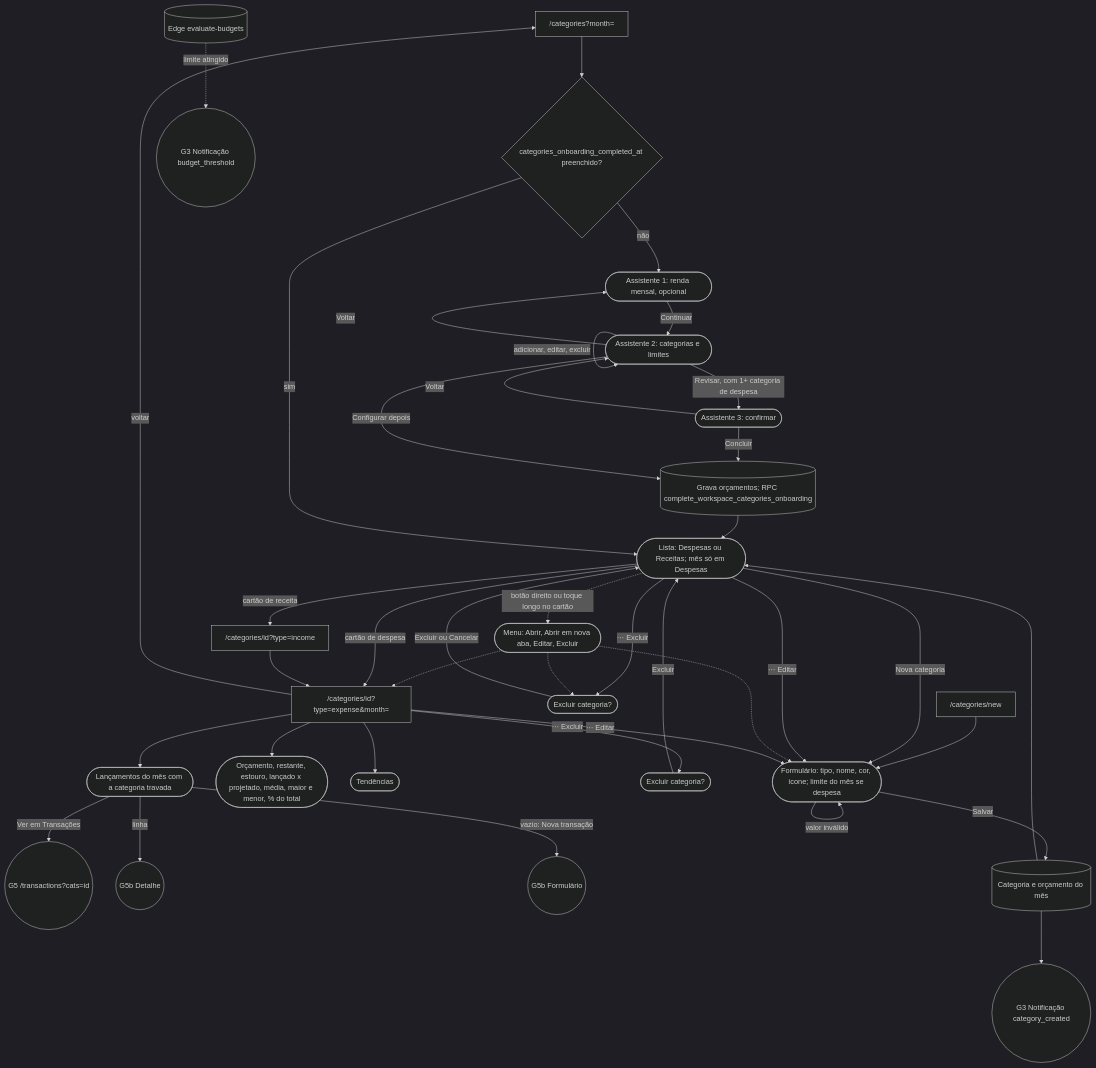
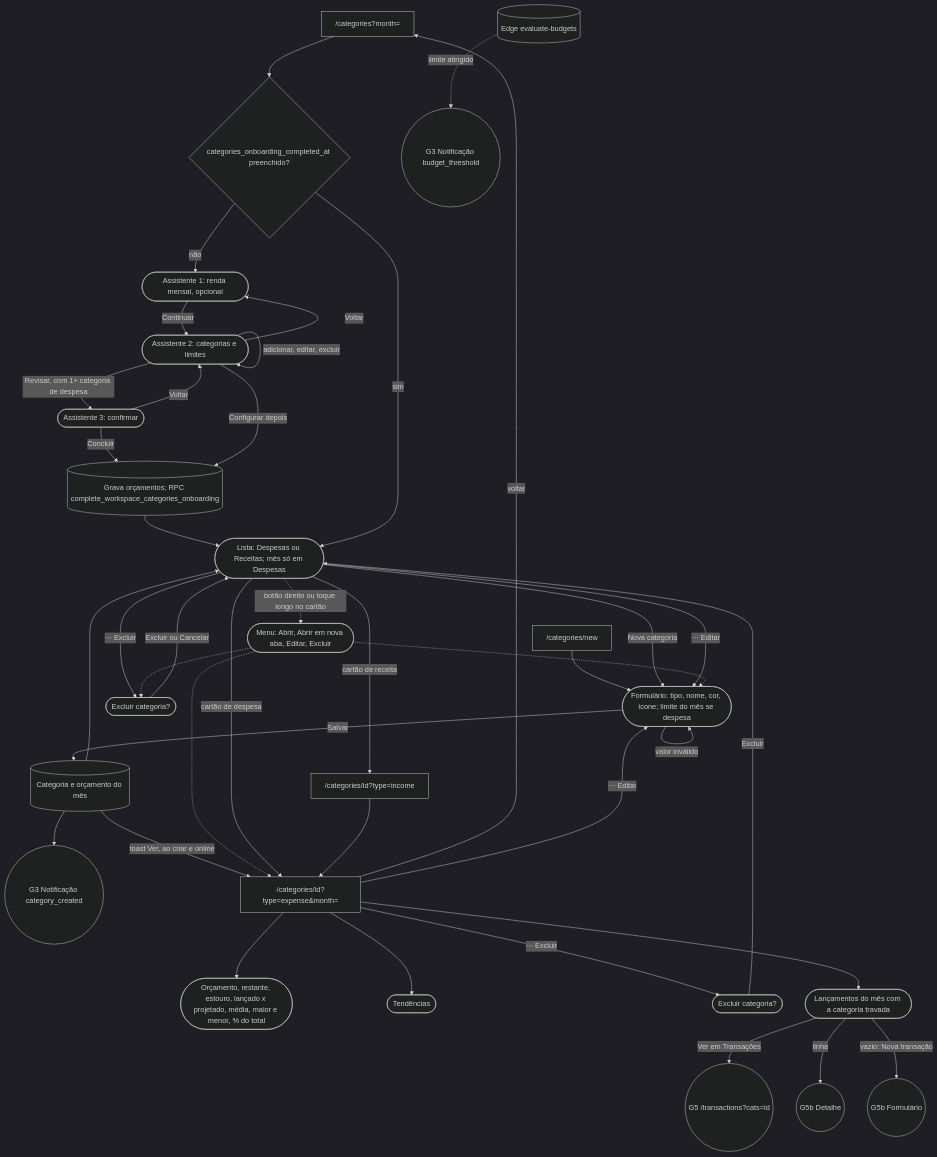
Before and after one commit to kauax2000/finance_app: diagram 13 of 14 in docs/JORNADAS.md, drawn with Mermaid. The commit also changed other lines of this file and 41 other files, not shown here.

````diff
--- a/docs/JORNADAS.md
+++ b/docs/JORNADAS.md
@@ -699,45 +706,46 @@
 ```mermaid
 %%{init: {"theme": "dark"}}%%
 flowchart TD
     cats["/categories?month="] --> onboarded{"categories_onboarding_completed_at preenchido?"}
     onboarded -->|"não"| step0(["Assistente 1: renda mensal, opcional"])
     step0 -->|"Continuar"| step1(["Assistente 2: categorias e limites"])
     step1 -->|"Voltar"| step0
     step1 -->|"Sugerir pela renda"| step1
     step1 -->|"adicionar, editar, excluir"| step1
     step1 -->|"Revisar, com 1+ categoria de despesa"| step2(["Assistente 3: confirmar"])
     step2 -->|"Voltar"| step1
     step2 -->|"Concluir"| complete[("Grava orçamentos; RPC complete_workspace_categories_onboarding")]
     step1 -->|"Configurar depois"| complete
     complete --> listView
     onboarded -->|"sim"| listView(["Lista: Despesas ou Receitas; mês só em Despesas"])
 
     newRoute["/categories/new"] --> catForm
     listView -->|"Nova categoria"| catForm(["Formulário: tipo, nome, cor, ícone; limite do mês se despesa"])
     catForm -->|"Salvar"| savedCat[("Categoria e orçamento do mês")] --> notifCat(("G3 Notificação category_created"))
+    savedCat -->|"toast Ver, ao criar e online"| detail
     savedCat --> listView
     catForm -->|"valor inválido"| catForm
     listView -->|"⋯ Editar"| catForm
     listView -->|"⋯ Excluir"| delCat(["Excluir categoria?"])
     delCat -->|"Excluir ou Cancelar"| listView
     listView -.->|"botão direito ou toque longo no cartão"| catMenu(["Menu: Abrir, Abrir em nova aba, Editar, Excluir"])
     catMenu -.-> detail
     catMenu -.-> catForm
     catMenu -.-> delCat
 
     listView -->|"cartão de despesa"| detail["/categories/id?type=expense&month="]
     listView -->|"cartão de receita"| detailIn["/categories/id?type=income"]
     detailIn --> detail
 
     detail -->|"voltar"| cats
     detail --> summary(["Orçamento, restante, estouro, lançado x projetado, média, maior e menor, % do total"])
     detail --> trend(["Tendências"])
     detail -->|"⋯ Editar"| catForm
     detail -->|"⋯ Excluir"| delDetail(["Excluir categoria?"]) -->|"Excluir"| listView
     detail --> embedded(["Lançamentos do mês com a categoria travada"])
     embedded -->|"Ver em Transações"| G5(("G5 /transactions?cats=id"))
     embedded -->|"linha"| txDetail(("G5b Detalhe"))
     embedded -->|"vazio: Nova transação"| txForm(("G5b Formulário"))
 
     budget[("Edge evaluate-budgets")] -.->|"limite atingido"| notifBudget(("G3 Notificação budget_threshold"))
 ```
````
